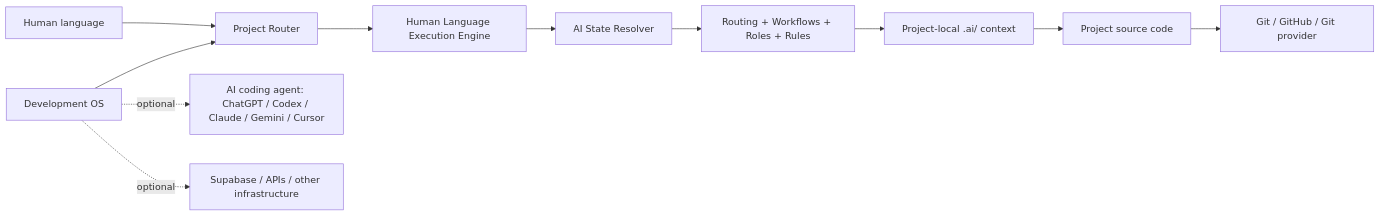
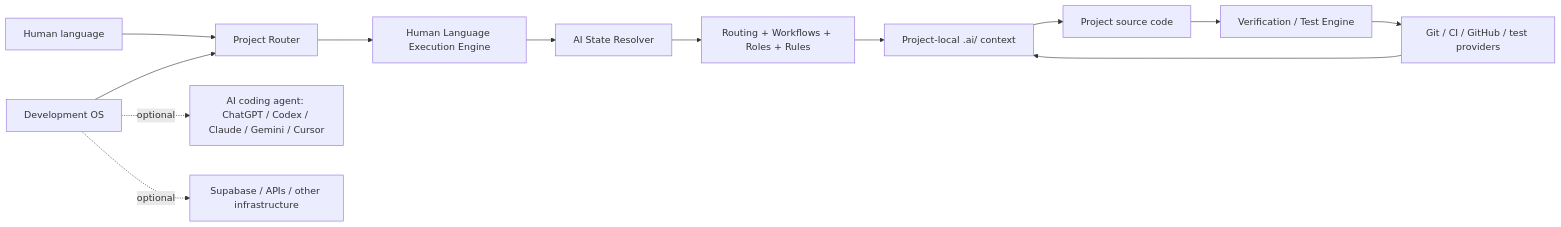
One commit to zzpsah/chatgpt-development-os changed the second of 3 diagrams in docs/ARCHITECTURE.md. Above: the diagram before and after it, drawn with Mermaid. The commit also changed other lines of this file, not shown here.

Commit message:
docs: integrate verification engine into architecture

````diff
--- a/docs/ARCHITECTURE.md
+++ b/docs/ARCHITECTURE.md
@@ -31,13 +40,15 @@
 ```mermaid
 flowchart LR
     H[Human language] --> R[Project Router]
     R --> E[Human Language Execution Engine]
     E --> SR[AI State Resolver]
     SR --> W[Routing + Workflows + Roles + Rules]
     W --> PM[Project-local .ai/ context]
     PM --> SRC[Project source code]
-    SRC --> GH[Git / GitHub / Git provider]
+    SRC --> V[Verification / Test Engine]
+    V --> GH[Git / CI / GitHub / test providers]
+    GH --> PM
     OS[Development OS] --> R
     OS -. optional .-> AI[AI coding agent: ChatGPT / Codex / Claude / Gemini / Cursor]
     OS -. optional .-> DB[Supabase / APIs / other infrastructure]
 ```
````
